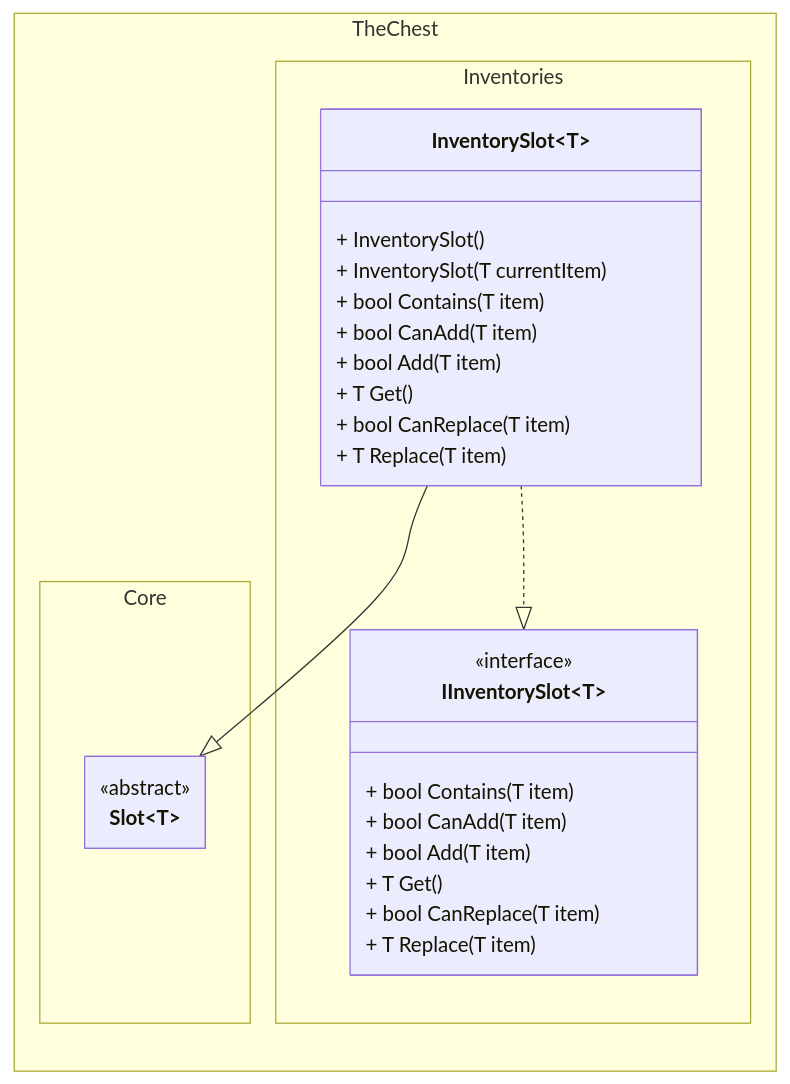
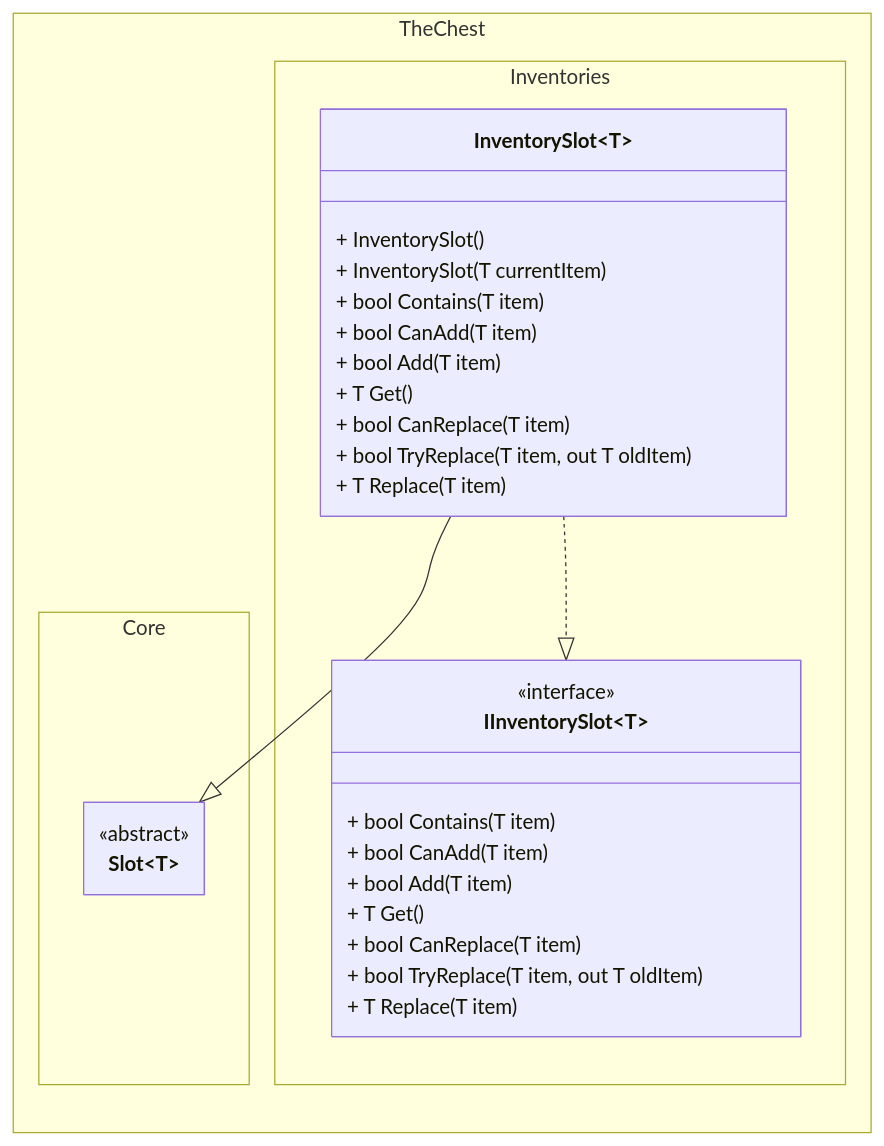
The second of 2 diagrams in docs/inventory/class_diagram.md (The-Chest/TheChest.Inventories), drawn with Mermaid before and after one commit. The commit also changed other lines of this file and 7 other files, not shown here.

Commit message:
Adds TryReplace unit tests for Inventory and Slots

````diff
--- a/docs/inventory/class_diagram.md
+++ b/docs/inventory/class_diagram.md
@@ -126,50 +128,52 @@
 ```mermaid
 ---
 config:
   theme: mc
   look: classic
   class:
     hideEmptyMembersBox: true
 ---
 classDiagram
 direction BT
 
 namespace TheChest.Core {
     class Slot~T~ {
     }
 }
 <<abstract>> Slot
 
 namespace TheChest.Inventories {
     class IInventorySlot~T~ {
         + bool Contains(T item)
 
         + bool CanAdd(T item)
         + bool Add(T item)
 
         + T Get()
 
         + bool CanReplace(T item)
+		+ bool TryReplace(T item, out T oldItem)
         + T Replace(T item)
     }
     class InventorySlot~T~ {
         + InventorySlot()
         + InventorySlot(T currentItem)
 
         + bool Contains(T item)
 
         + bool CanAdd(T item)
         + bool Add(T item)
 
         + T Get()
 
         + bool CanReplace(T item)
+		+ bool TryReplace(T item, out T oldItem)
         + T Replace(T item)
     }
 }
 
 <<interface>> IInventorySlot
 
 InventorySlot~T~ --|> Slot~T~ 
 InventorySlot~T~ ..|> IInventorySlot~T~
 ```
````
